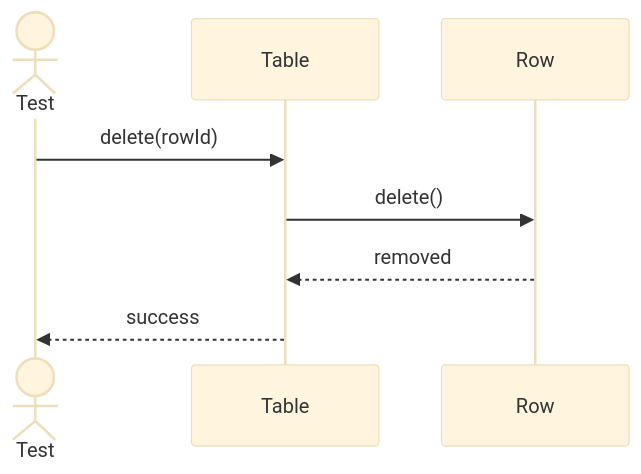
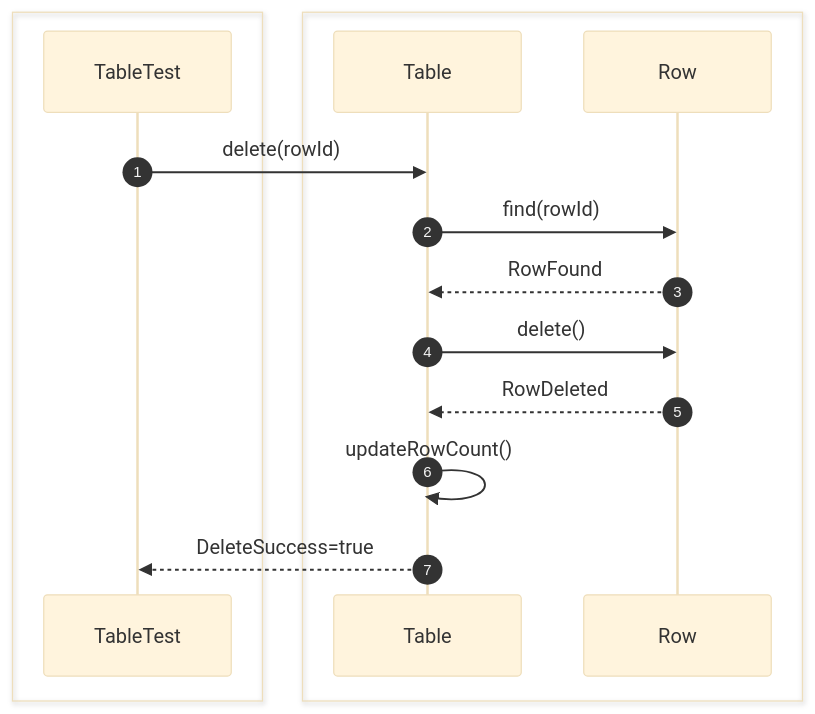
One commit to Huy1801214/dbms-architecture changed the ninth of 42 diagrams in src/sequence/db-object.md. Above: the diagram before and after it, drawn with Mermaid (base theme). The commit also changed other lines of this file, not shown here.

Commit message:
add sequence diagrams for database object unit tests

````diff
--- a/src/sequence/db-object.md
+++ b/src/sequence/db-object.md
@@ -106,11 +188,25 @@
 ```mermaid
 sequenceDiagram
-    actor Test
-    participant Table
-    participant Row
+    autonumber
+    box #e1f5fe Test Suite
+    participant Test as TableTest
+    end
+    box #e8f5e9 Database Objects
+    participant Table as Table
+    participant Row as Row
+    end
 
     Test->>Table: delete(rowId)
+
+    Table->>Row: find(rowId)
+
+    Row-->>Table: RowFound
+
     Table->>Row: delete()
-    Row-->>Table: removed
-    Table-->>Test: success 
+
+    Row-->>Table: RowDeleted
+
+    Table->>Table: updateRowCount()
+
+    Table-->>Test: DeleteSuccess=true
 ```
````
